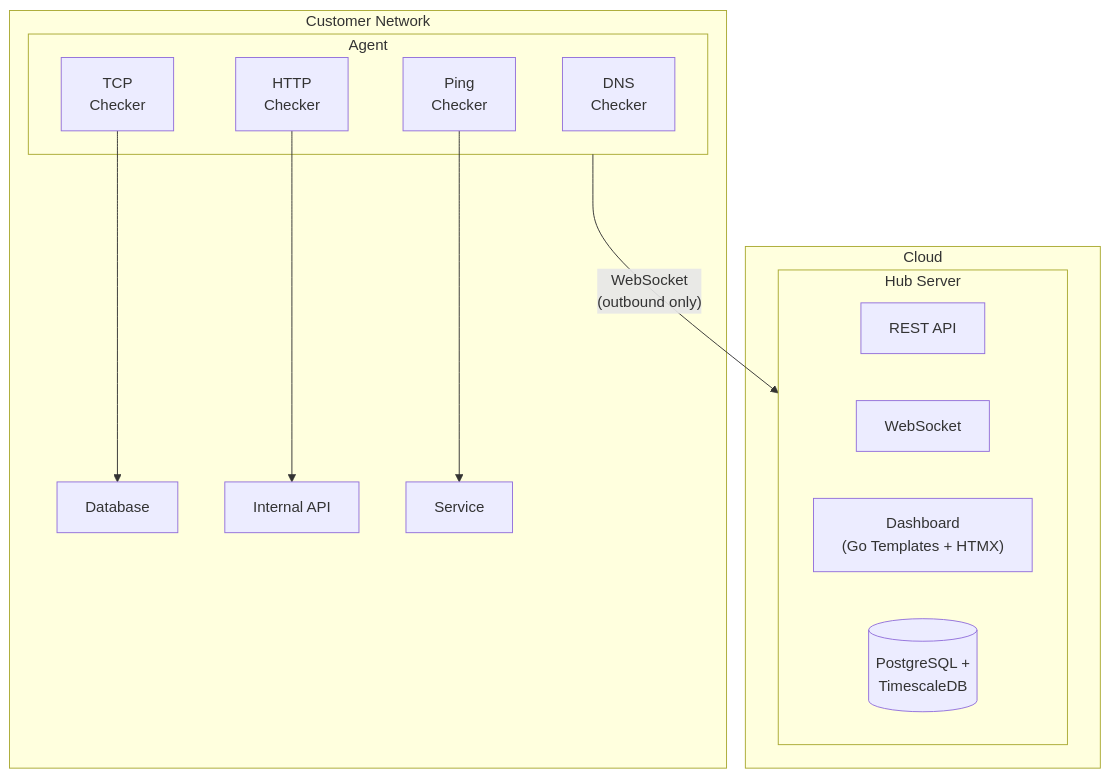
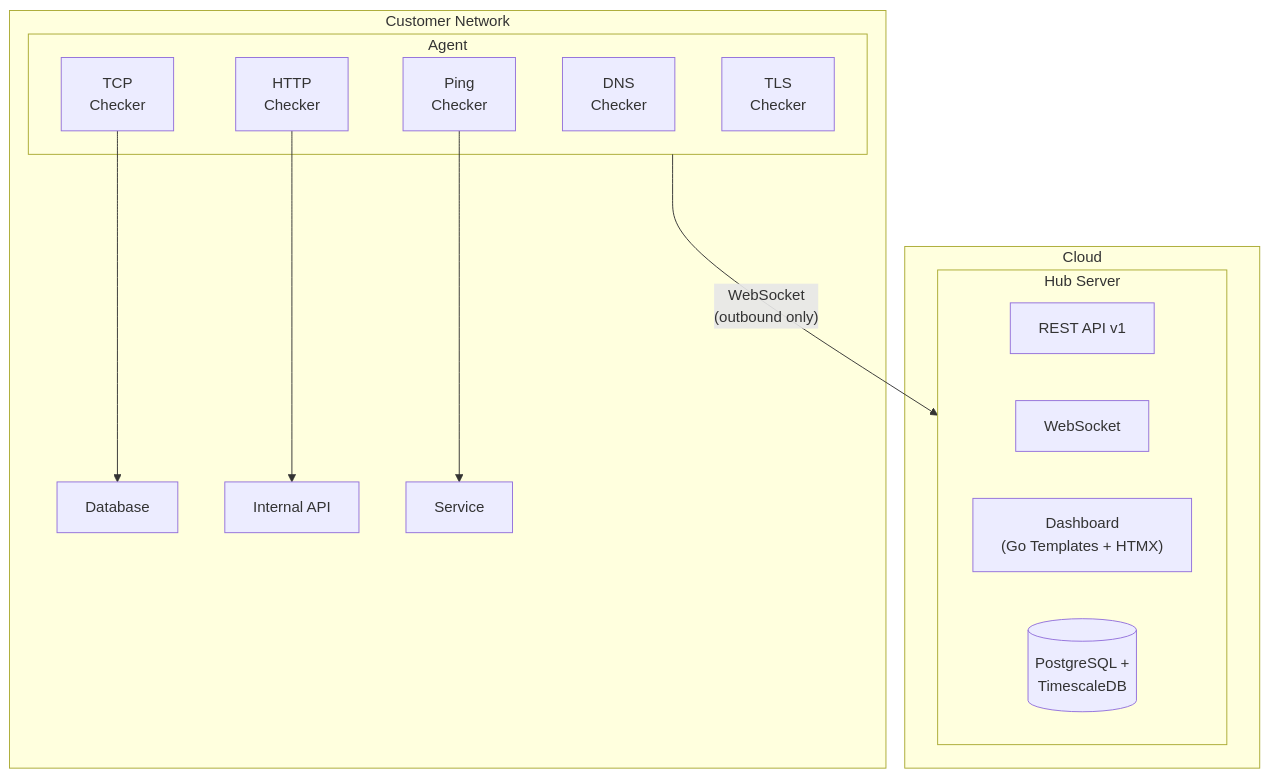
One commit to sylvester-francis/Watchdog changed the diagram in README.md. Above: the diagram before and after it, drawn with Mermaid. The commit also changed other lines of this file and 52 other files, not shown here.

````diff
--- a/README.md
+++ b/README.md
@@ -38,28 +66,29 @@
 ```mermaid
 graph TB
     subgraph Cloud
         subgraph Hub["Hub Server"]
-            API["REST API"]
+            API["REST API v1"]
             WS["WebSocket"]
             Dash["Dashboard<br/>(Go Templates + HTMX)"]
             DB[("PostgreSQL +<br/>TimescaleDB")]
         end
     end
 
     subgraph Net["Customer Network"]
         subgraph Agent
             HTTP["HTTP<br/>Checker"]
             TCP["TCP<br/>Checker"]
             Ping["Ping<br/>Checker"]
             DNS["DNS<br/>Checker"]
+            TLS["TLS<br/>Checker"]
         end
         T1["Database"]
         T2["Internal API"]
         T3["Service"]
     end
 
     Agent -- "WebSocket<br/>(outbound only)" --> Hub
     HTTP --> T2
     TCP --> T1
     Ping --> T3
 ```
````
